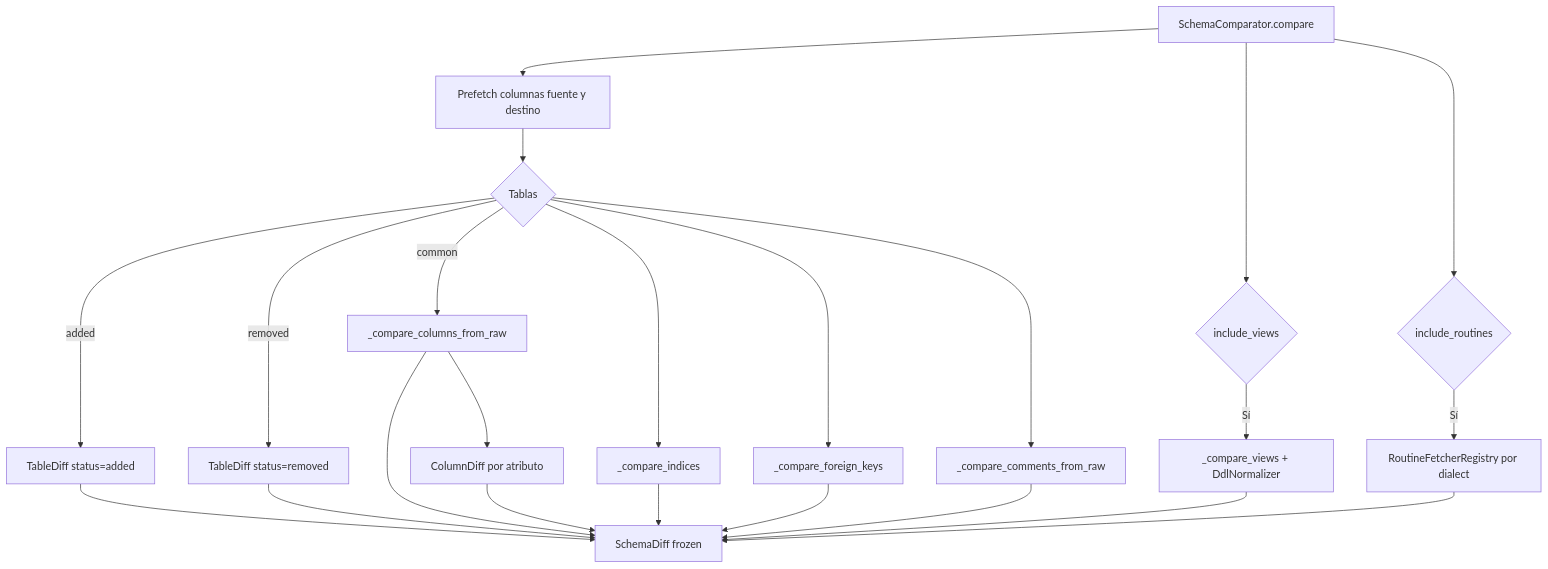
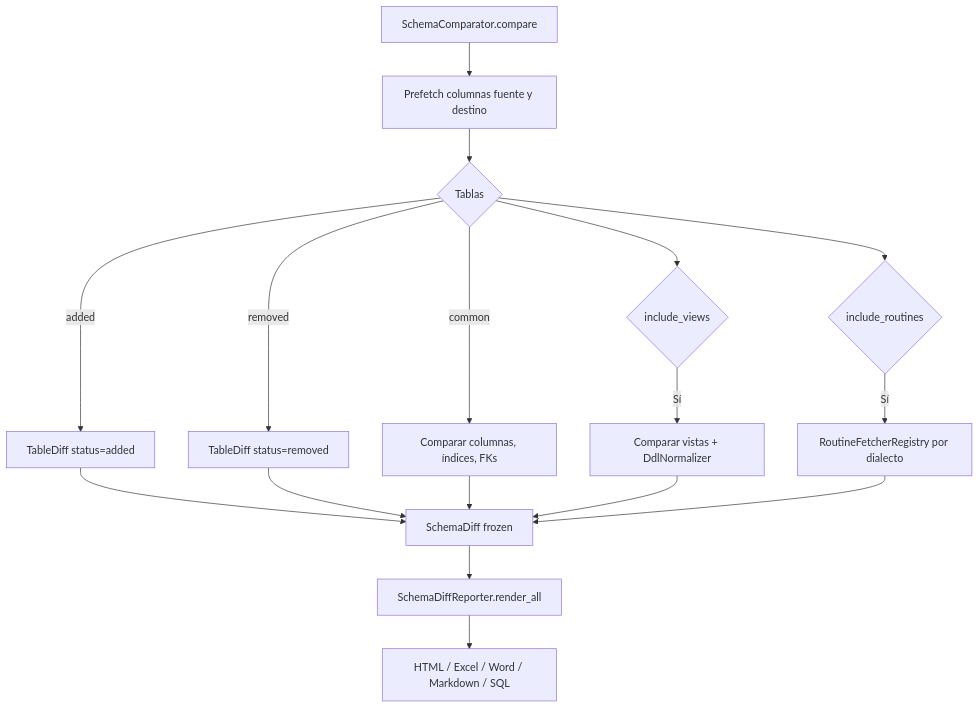
One commit to fmanza/util_bbdd changed the diagram in docs/api/schema-comparator.md. Above: the diagram before and after it, drawn with Mermaid. The commit also changed other lines of this file and 117 other files, not shown here.

````diff
--- a/docs/api/schema-comparator.md
+++ b/docs/api/schema-comparator.md
@@ -7,17 +7,15 @@
 ```mermaid
 flowchart TD
     A[SchemaComparator.compare] --> B[Prefetch columnas fuente y destino]
     B --> C{Tablas}
     C -->|added| D[TableDiff status=added]
     C -->|removed| E[TableDiff status=removed]
-    C -->|common| F[_compare_columns_from_raw]
-    F --> G[ColumnDiff por atributo]
-    C --> H[_compare_indices]
-    C --> I[_compare_foreign_keys]
-    C --> J[_compare_comments_from_raw]
-    A --> K{include_views}
-    K -->|Sí| L[_compare_views + DdlNormalizer]
-    A --> M{include_routines}
-    M -->|Sí| N[RoutineFetcherRegistry por dialect]
-    D & E & F & G & H & I & J & L & N --> O[SchemaDiff frozen]
+    C -->|common| F[Comparar columnas, índices, FKs]
+    C --> G{include_views}
+    G -->|Sí| H[Comparar vistas + DdlNormalizer]
+    C --> I{include_routines}
+    I -->|Sí| J[RoutineFetcherRegistry por dialecto]
+    D & E & F & H & J --> K[SchemaDiff frozen]
+    K --> L[SchemaDiffReporter.render_all]
+    L --> M[HTML / Excel / Word / Markdown / SQL]
 ```
````
